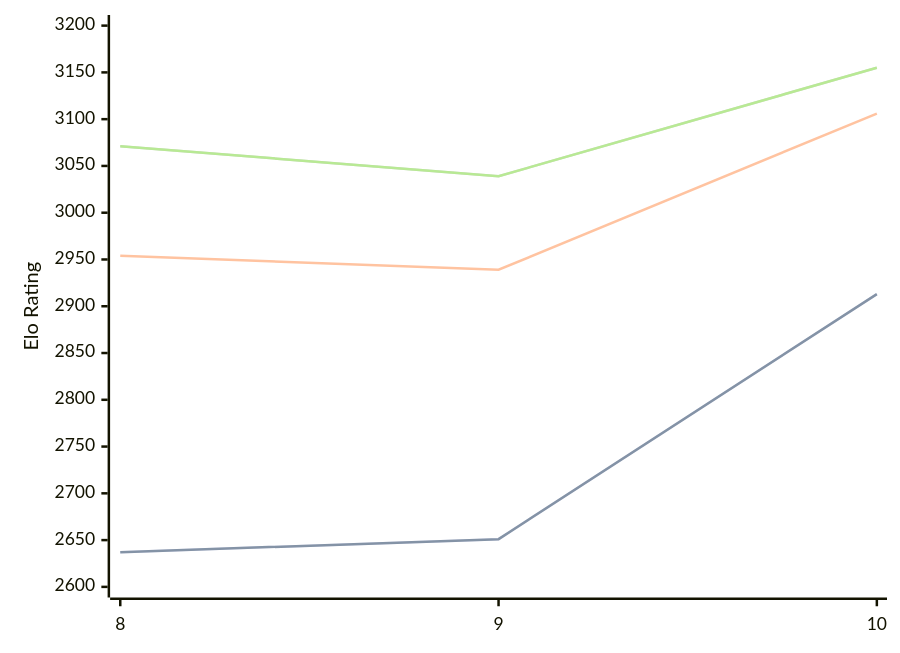
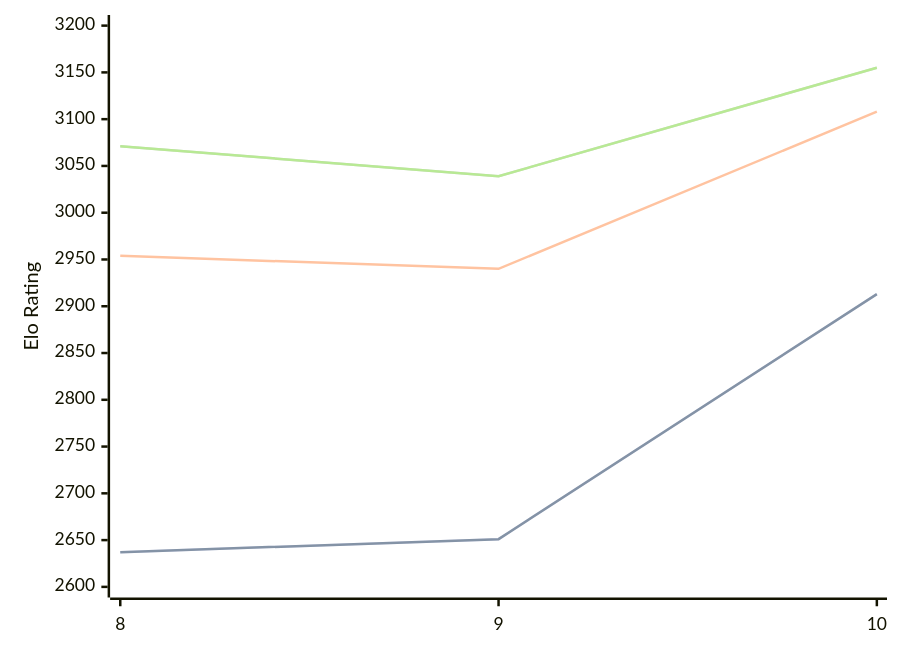
One commit to computer-chess-index/cci changed the diagram in engines/Lozza.md. Above: the diagram before and after it, drawn with Mermaid. The commit also changed other lines of this file, not shown here.

````diff
--- a/engines/Lozza.md
+++ b/engines/Lozza.md
@@ -39,11 +39,11 @@
 ```mermaid
 %%{init: {"theme":"base","themeVariables":{"seriesColors:['#a3a3a3','#222221','#faa371']}}}%%
 xychart-beta
   x-axis ["8", "9", "10"]
   y-axis "Elo Rating" 2600 --> 3200
   line "STC (8.0+0.08s)" [2637, 2651, 2913]
   line "STC (8.0+0.08s)" [2637, 2651, 2913]
-  line "LTC (60.0+0.60s)" [2954, 2939, 3106]
+  line "LTC (60.0+0.60s)" [2954, 2940, 3108]
   line "VLTC (2m24s+1.12s)" [3071, 3039, 3155]
   line "VLTC (2m24s+1.12s)" [3071, 3039, 3155]
 ```
````
